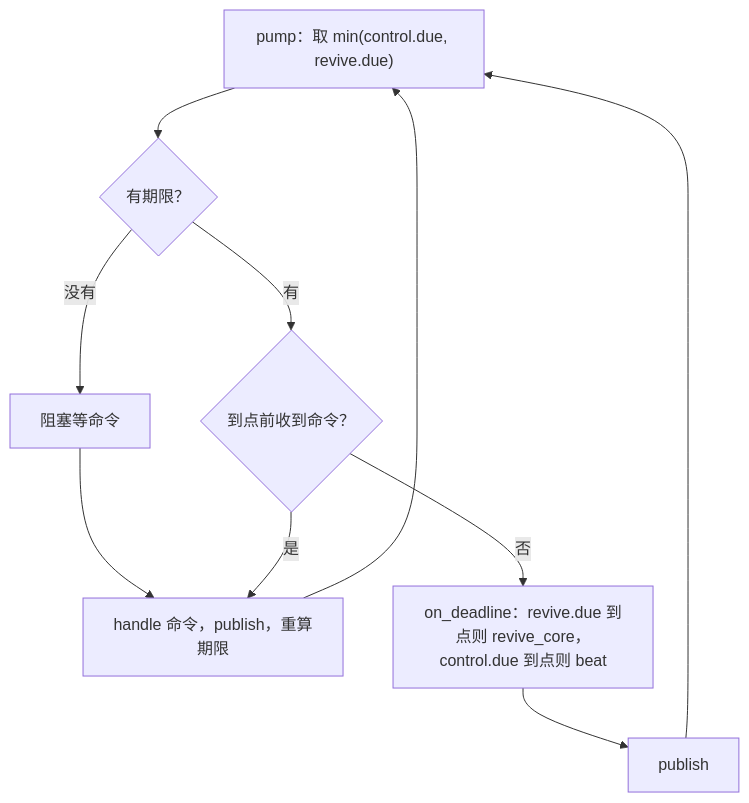
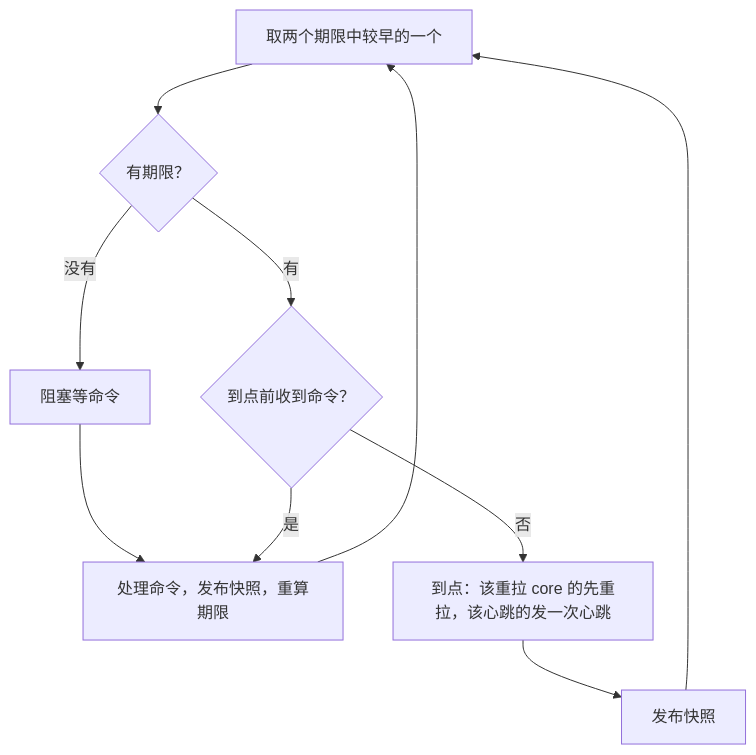
Before and after one commit to hiromuraki/mesh-client: the fifth of 8 diagrams in docs/states.md, drawn with Mermaid. The commit also changed other lines of this file and 14 other files, not shown here.

````diff
--- a/docs/states.md
+++ b/docs/states.md
@@ -208,12 +214,12 @@
 ```mermaid
 flowchart TD
-  A["pump：取 min(control.due, revive.due)"] --> B{"有期限？"}
+  A["取两个期限中较早的一个"] --> B{"有期限？"}
   B -- 没有 --> C["阻塞等命令"]
-  C --> E
+  C --> E["处理命令，发布快照，重算期限"]
   B -- 有 --> D{"到点前收到命令？"}
-  D -- 是 --> E["handle 命令，publish，重算期限"]
+  D -- 是 --> E
   E --> A
-  D -- 否 --> F["on_deadline：revive.due 到点则 revive_core，control.due 到点则 beat"]
-  F --> G["publish"]
+  D -- 否 --> F["到点：该重拉 core 的先重拉，该心跳的发一次心跳"]
+  F --> G["发布快照"]
   G --> A
 ```
````
